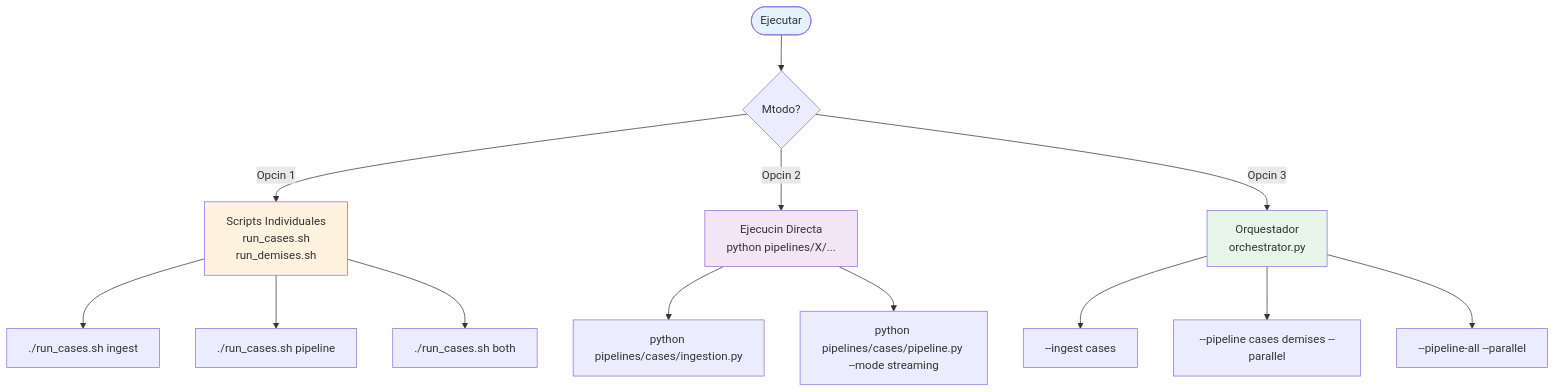
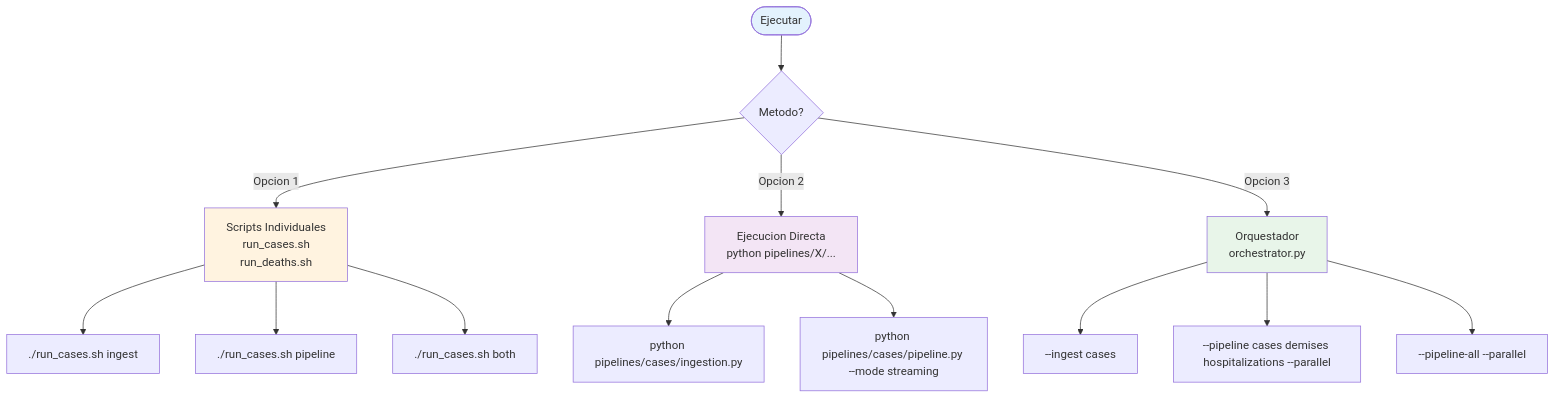
The fourth of 9 diagrams in README_NEW.md (arthur8davis/tfm-dataflow-architecture), drawn with Mermaid before and after one commit. The commit also changed other lines of this file and 9 other files, not shown here.

````diff
--- a/README_NEW.md
+++ b/README_NEW.md
@@ -111,24 +131,24 @@
 ```mermaid
 flowchart TD
-    Start(["Ejecutar"]) --> Choice{"Mtodo?"}
+    Start(["Ejecutar"]) --> Choice{"Metodo?"}
 
-    Choice --> |"Opcin 1"| Scripts["Scripts Individuales\nrun_cases.sh\nrun_demises.sh"]
-    Choice --> |"Opcin 2"| Direct["Ejecucin Directa\npython pipelines/X/..."]
-    Choice --> |"Opcin 3"| Orchestrator["Orquestador\norchestrator.py"]
+    Choice --> |"Opcion 1"| Scripts["Scripts Individuales\nrun_cases.sh\nrun_deaths.sh"]
+    Choice --> |"Opcion 2"| Direct["Ejecucion Directa\npython pipelines/X/..."]
+    Choice --> |"Opcion 3"| Orchestrator["Orquestador\norchestrator.py"]
 
     Scripts --> S1["./run_cases.sh ingest"]
     Scripts --> S2["./run_cases.sh pipeline"]
     Scripts --> S3["./run_cases.sh both"]
 
     Direct --> D1["python pipelines/cases/ingestion.py"]
     Direct --> D2["python pipelines/cases/pipeline.py --mode streaming"]
 
     Orchestrator --> O1["--ingest cases"]
-    Orchestrator --> O2["--pipeline cases demises --parallel"]
+    Orchestrator --> O2["--pipeline cases demises hospitalizations --parallel"]
     Orchestrator --> O3["--pipeline-all --parallel"]
 
     style Start fill:#e3f2fd
     style Scripts fill:#fff3e0
     style Direct fill:#f3e5f5
     style Orchestrator fill:#e8f5e9
 ```
````
